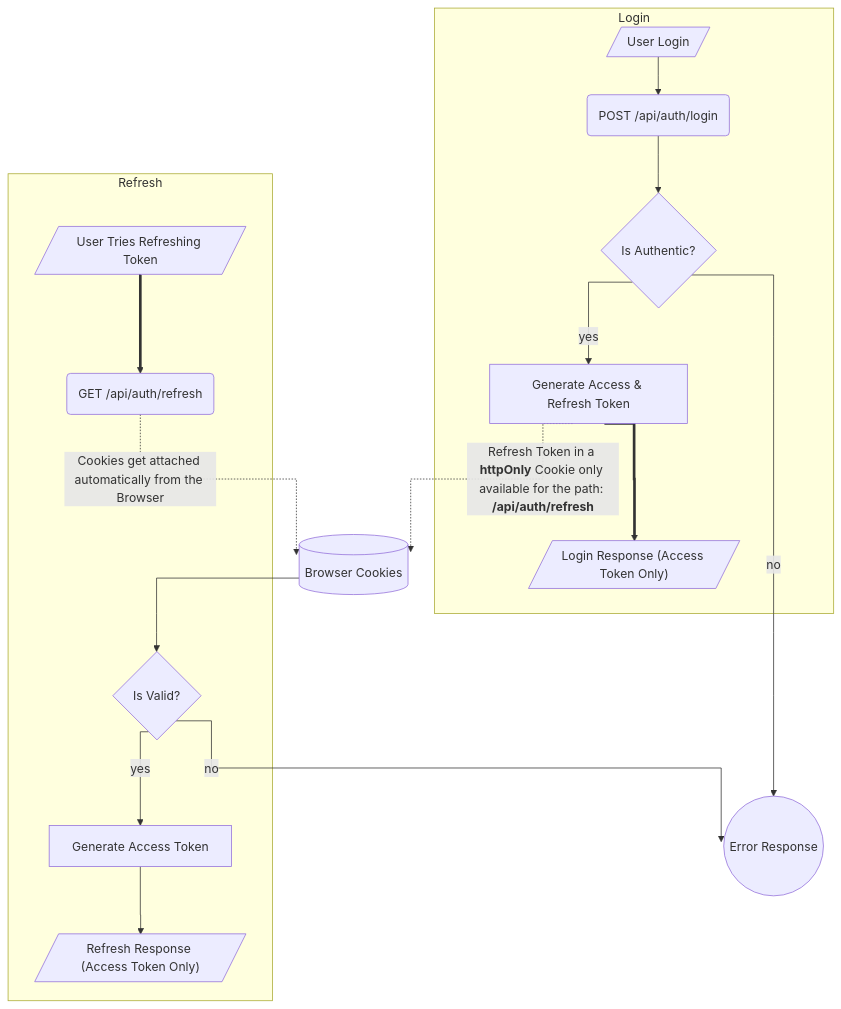
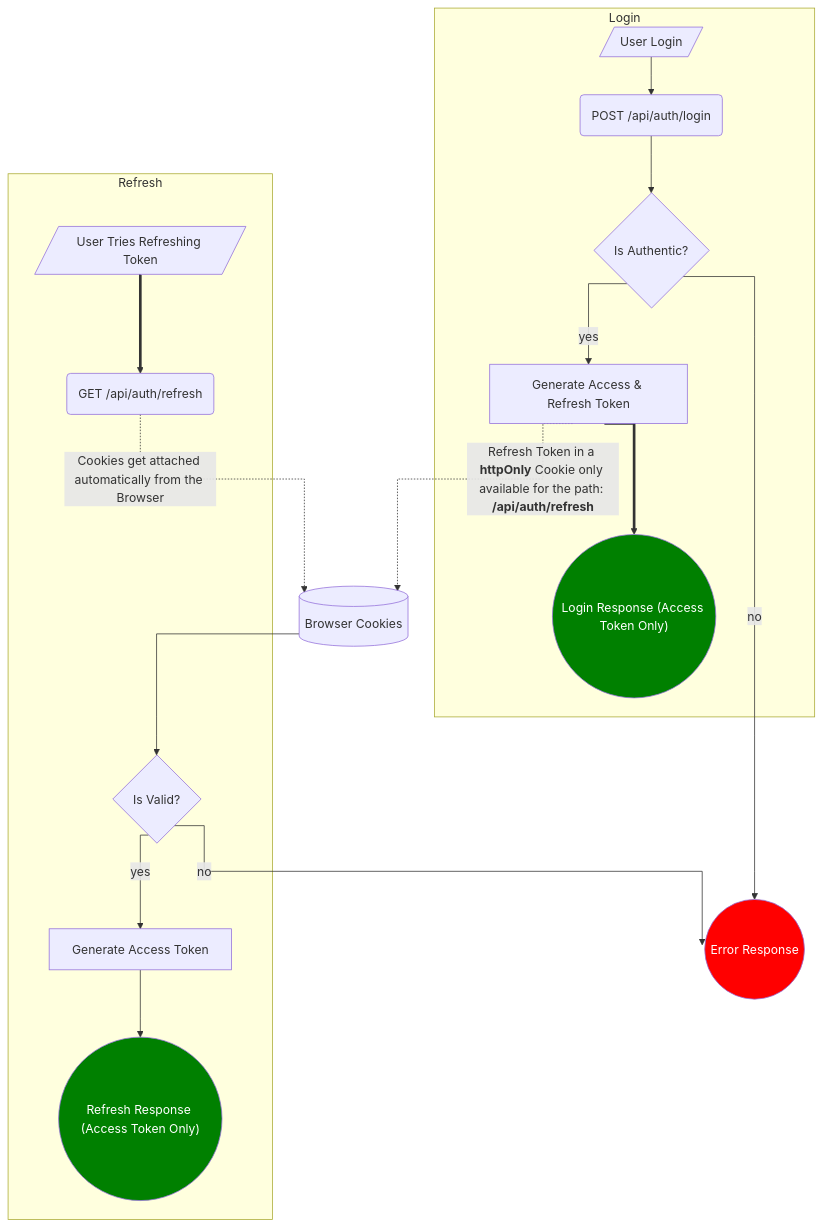
Before and after one commit to uroybd/topobon: the diagram in src/site/notes/Personal/Writings/Technical/HowTos/How to integrate Saleor JWT in Nuxt 3.md, drawn with Mermaid. The commit also changed other lines of this file and 1 other file, not shown here.

Commit message:
Published multiple files

````diff
--- a/src/site/notes/Personal/Writings/Technical/HowTos/How to integrate Saleor JWT in Nuxt 3.md
+++ b/src/site/notes/Personal/Writings/Technical/HowTos/How to integrate Saleor JWT in Nuxt 3.md
@@ -11,35 +11,39 @@
 ```mermaid
 %%{ init: { 'flowchart': { 'curve': 'stepAfter' } } }%%
 flowchart
     err((Error Response))
     cookies@{shape: cyl, label: "Browser Cookies"}
     auth -- no --> err
     validate -- no --> err
     tokengen -. "`Refresh Token in a **httpOnly** Cookie only available for the path: **/api/auth/refresh**`" .-> cookies
     refapi -. "Cookies get attached automatically from the Browser" .-> cookies
     cookies --> validate
     
     subgraph loginflow [Login]
         login[/User Login/]
         api(POST /api/auth/login)
         auth@{shape: diamond, label: "Is Authentic?"}
         tokengen["Generate Access & Refresh Token"]
-        loginresp[/"Login Response (Access Token Only)"/]
+        loginresp(("Login Response (Access Token Only)"))
 
         login --> api
         api --> auth
         auth -- yes --> tokengen
         tokengen ==> loginresp
     end
 
     subgraph refreshflow [Refresh]
         refresh[/"User Tries Refreshing Token"/]
         refapi("GET /api/auth/refresh")
         validate@{shape: diamond, label: "Is Valid?"}
         atokengen["Generate Access Token"]
-        refreshresp[/"Refresh Response (Access Token Only)"/]
+        refreshresp(("Refresh Response (Access Token Only)"))
         refresh ==> refapi
         validate -- yes --> atokengen
         atokengen --> refreshresp
     end
+    
+    style err fill:#ff0000,color:#fff
+    style refreshresp fill:#008000,color:#fff
+    style loginresp fill:#008000,color:#fff
 ```
````
